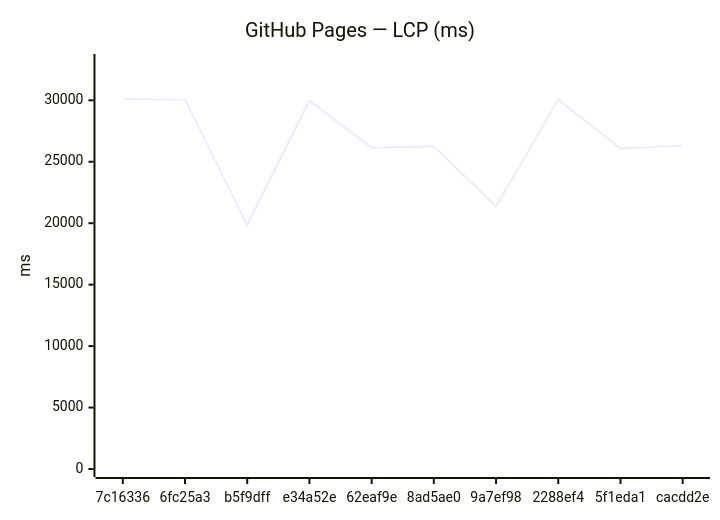
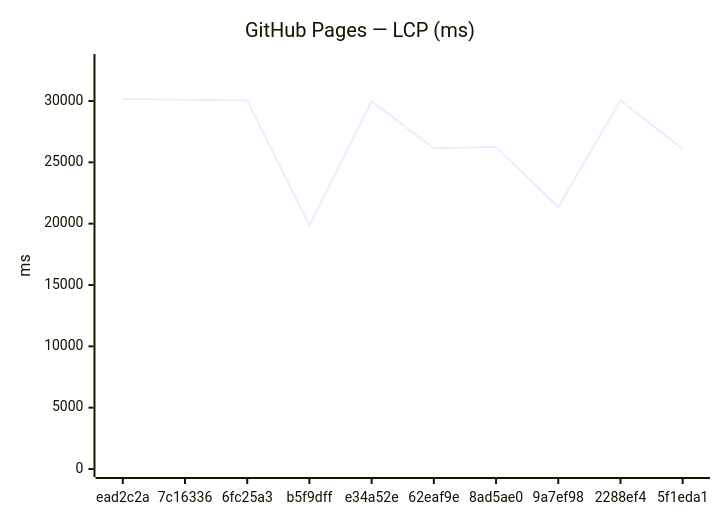
Before and after one commit to Metaheurist/Rianell: the third of 12 diagrams in benchmarks/compare.md, drawn with Mermaid. The commit also changed other lines of this file and 8 other files, not shown here.

````diff
--- a/benchmarks/compare.md
+++ b/benchmarks/compare.md
@@ -54,7 +54,7 @@
 ```mermaid
 xychart-beta
     title "GitHub Pages — LCP (ms)"
-    x-axis ["7c16336", "6fc25a3", "b5f9dff", "e34a52e", "62eaf9e", "8ad5ae0", "9a7ef98", "2288ef4", "5f1eda1", "cacdd2e"]
-    y-axis "ms" 0 --> 33117
-    line [30106, 30044, 19849, 29974, 26139, 26251, 21355, 30056, 26085, 26327]
+    x-axis ["ead2c2a", "7c16336", "6fc25a3", "b5f9dff", "e34a52e", "62eaf9e", "8ad5ae0", "9a7ef98", "2288ef4", "5f1eda1"]
+    y-axis "ms" 0 --> 33179
+    line [30162, 30106, 30044, 19849, 29974, 26139, 26251, 21355, 30056, 26085]
 ```
````
